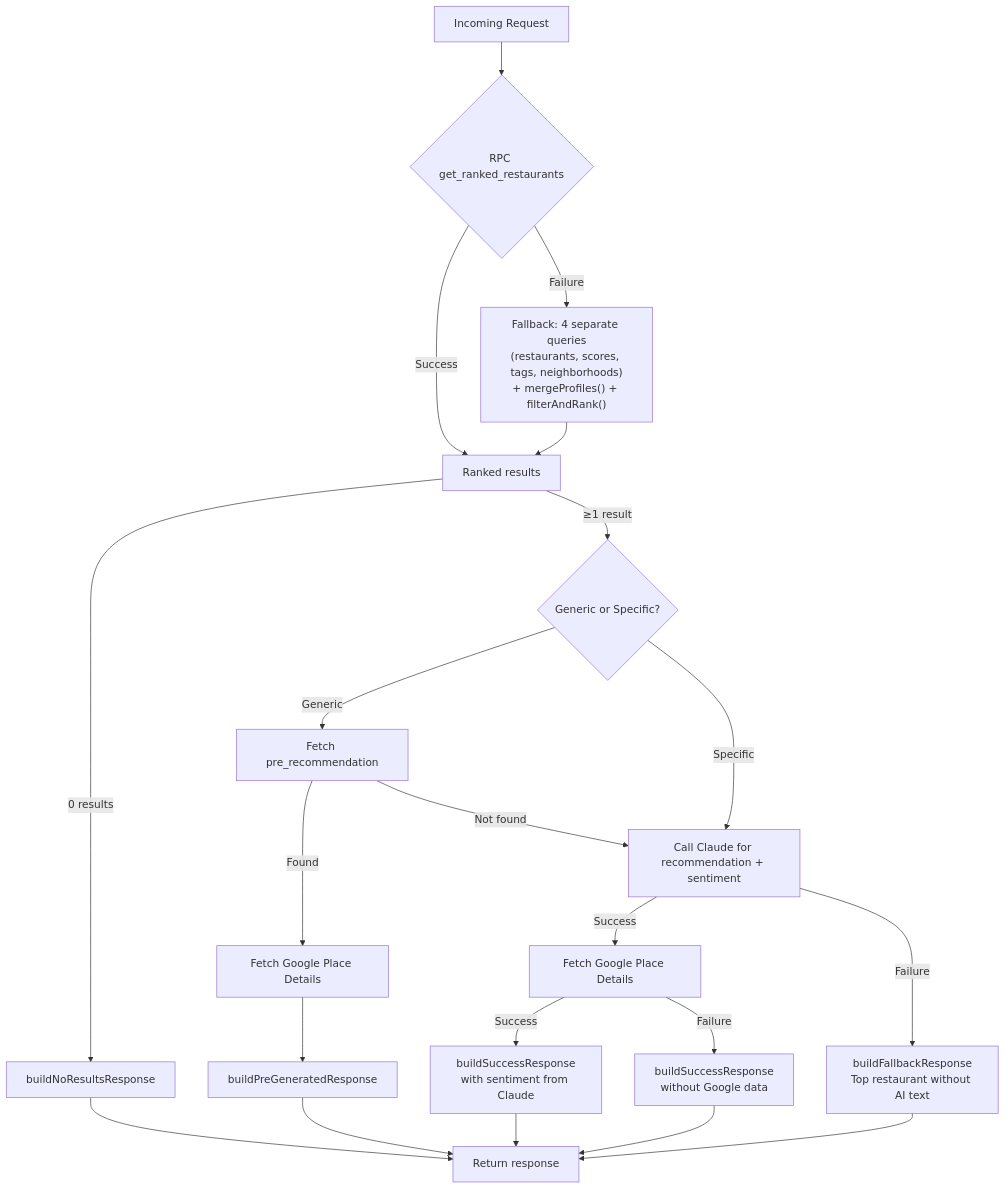
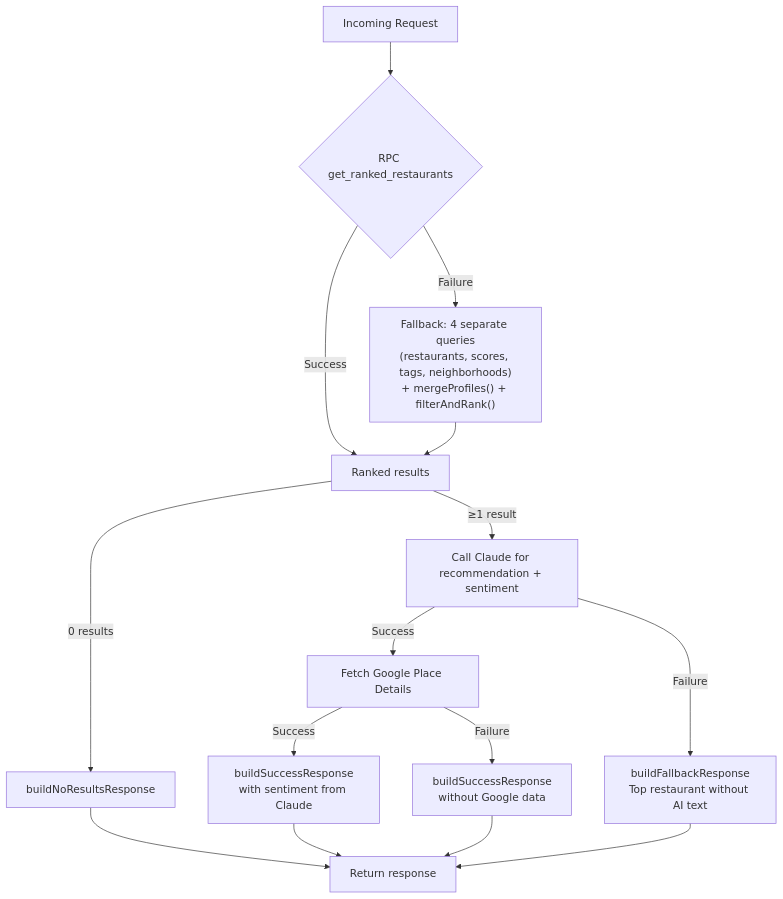
Before and after one commit to aacrit/dondeBackend: the eighth of 9 diagrams in docs/system-architecture.md, drawn with Mermaid. The commit also changed other lines of this file and 8 other files, not shown here.

First line of the commit message:
Remove pre-recommendations pipeline — all requests now use live Claude

````diff
--- a/docs/system-architecture.md
+++ b/docs/system-architecture.md
@@ -376,28 +299,21 @@
 ```mermaid
 flowchart TD
     REQ[Incoming Request] --> RPC{RPC get_ranked_restaurants}
     RPC -->|"Success"| RANK_OK[Ranked results]
     RPC -->|"Failure"| LEGACY["Fallback: 4 separate queries<br/>(restaurants, scores, tags, neighborhoods)<br/>+ mergeProfiles() + filterAndRank()"]
     LEGACY --> RANK_OK
 
     RANK_OK --> |"0 results"| NO_RESULTS[buildNoResultsResponse]
-    RANK_OK --> |"≥1 result"| DETECT{Generic or Specific?}
+    RANK_OK --> |"≥1 result"| CLAUDE[Call Claude for recommendation + sentiment]
 
-    DETECT -->|Generic| PRE_REC[Fetch pre_recommendation]
-    PRE_REC -->|"Found"| GOOGLE_PRE[Fetch Google Place Details]
-    PRE_REC -->|"Not found"| SPECIFIC[Treat as specific request]
+    CLAUDE --> |"Success"| GOOGLE_FETCH[Fetch Google Place Details]
+    CLAUDE --> |"Failure"| FALLBACK[buildFallbackResponse<br/>Top restaurant without AI text]
 
-    DETECT -->|Specific| SPECIFIC[Call Claude for recommendation + sentiment]
-    SPECIFIC --> |"Success"| GOOGLE_FETCH[Fetch Google Place Details]
-    SPECIFIC --> |"Failure"| FALLBACK[buildFallbackResponse<br/>Top restaurant without AI text]
-
-    GOOGLE_PRE --> BUILD_PRE[buildPreGeneratedResponse]
     GOOGLE_FETCH --> |"Success"| SUCCESS[buildSuccessResponse<br/>with sentiment from Claude]
     GOOGLE_FETCH --> |"Failure"| SUCCESS2[buildSuccessResponse<br/>without Google data]
 
     FALLBACK --> RESP[Return response]
     NO_RESULTS --> RESP
-    BUILD_PRE --> RESP
     SUCCESS --> RESP
     SUCCESS2 --> RESP
 ```
````
